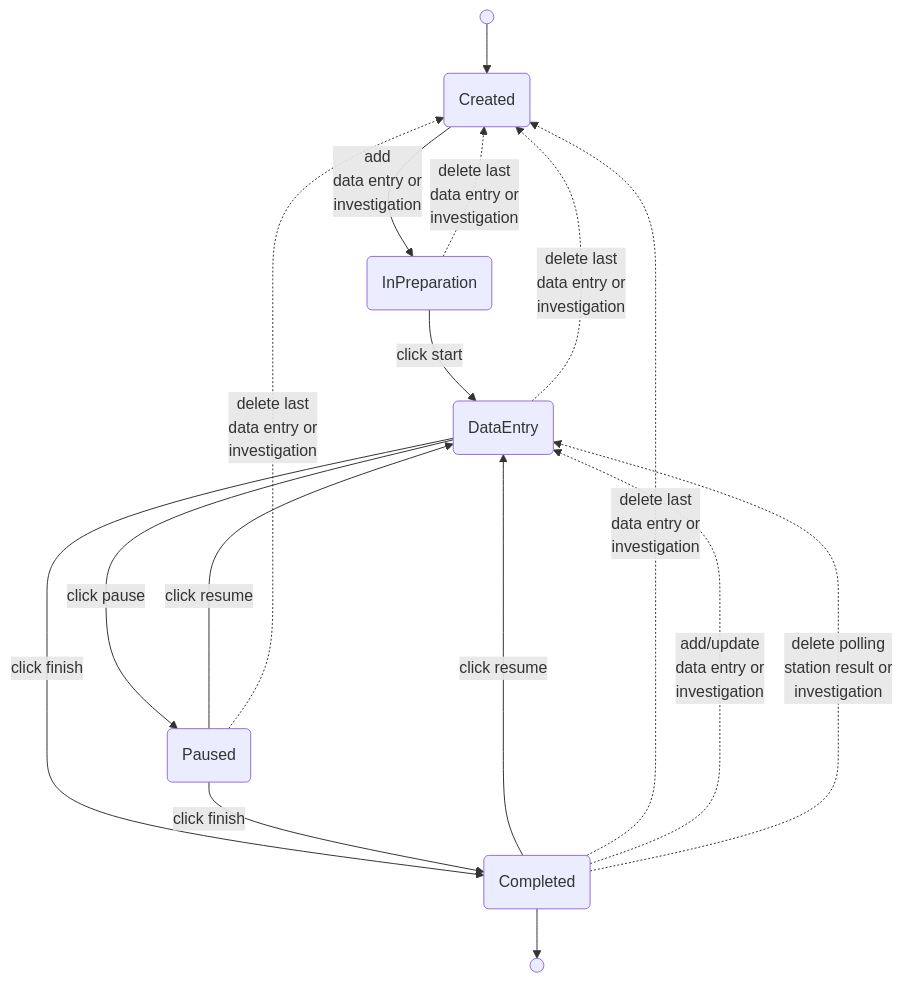
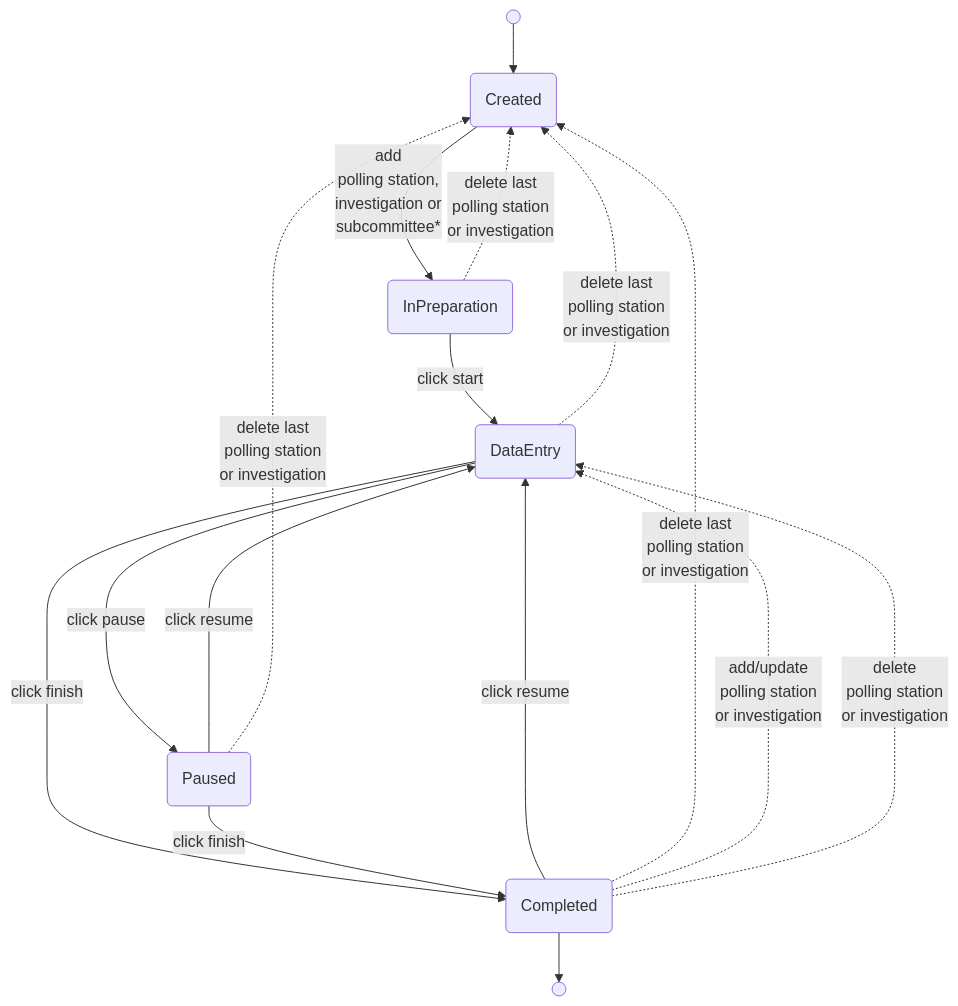
One commit to kiesraad/abacus changed the diagram in documentatie/state-machines/committee-session-state.md. Above: the diagram before and after it, drawn with Mermaid. The commit also changed other lines of this file, not shown here.

Commit message:
Updated committee session state diagram (#2983)

````diff
--- a/documentatie/state-machines/committee-session-state.md
+++ b/documentatie/state-machines/committee-session-state.md
@@ -17,31 +20,31 @@
 ```mermaid
 flowchart
   flow_start@{ shape: sm-circ }
   flow_end@{ shape: sm-circ }
 
   created(Created)
   in_preparation(InPreparation)
   data_entry(DataEntry)
   paused(Paused)
   completed(Completed)
 
   flow_start --> created
   in_preparation -->|click start| data_entry
   data_entry -->|click finish| completed
   data_entry -->|click pause| paused
   paused --->|click resume| data_entry
   paused -->|click finish| completed
   completed -->|click resume| data_entry
   completed --> flow_end
 
-  paused -.->|delete last<br/>data entry or<br/>investigation| created
-  data_entry -.->|delete last<br/>data entry or<br/>investigation| created
-  in_preparation -.->|delete last<br/>data entry or<br/>investigation| created
-  completed -.->|delete last<br/>data entry or<br/>investigation| created
+  paused -.->|delete last<br/>polling station<br/>or investigation| created
+  data_entry -.->|delete last<br/>polling station<br/>or investigation| created
+  in_preparation -.->|delete last<br/>polling station<br/>or investigation| created
+  completed -.->|delete last<br/>polling station<br/>or investigation| created
 
-  created -->|add<br/>data entry or<br/>investigation| in_preparation
+  created -->|add<br/>polling station,<br/>investigation or<br/>subcommittee*| in_preparation
 
-  completed -.->|add/update<br/>data entry or<br/>investigation| data_entry
+  completed -.->|add/update<br/>polling station<br/>or investigation| data_entry
 
-  completed -.->|delete polling<br/>station result or<br/>investigation| data_entry
+  completed -.->|delete<br/>polling station<br/>or investigation| data_entry
 ```
````
